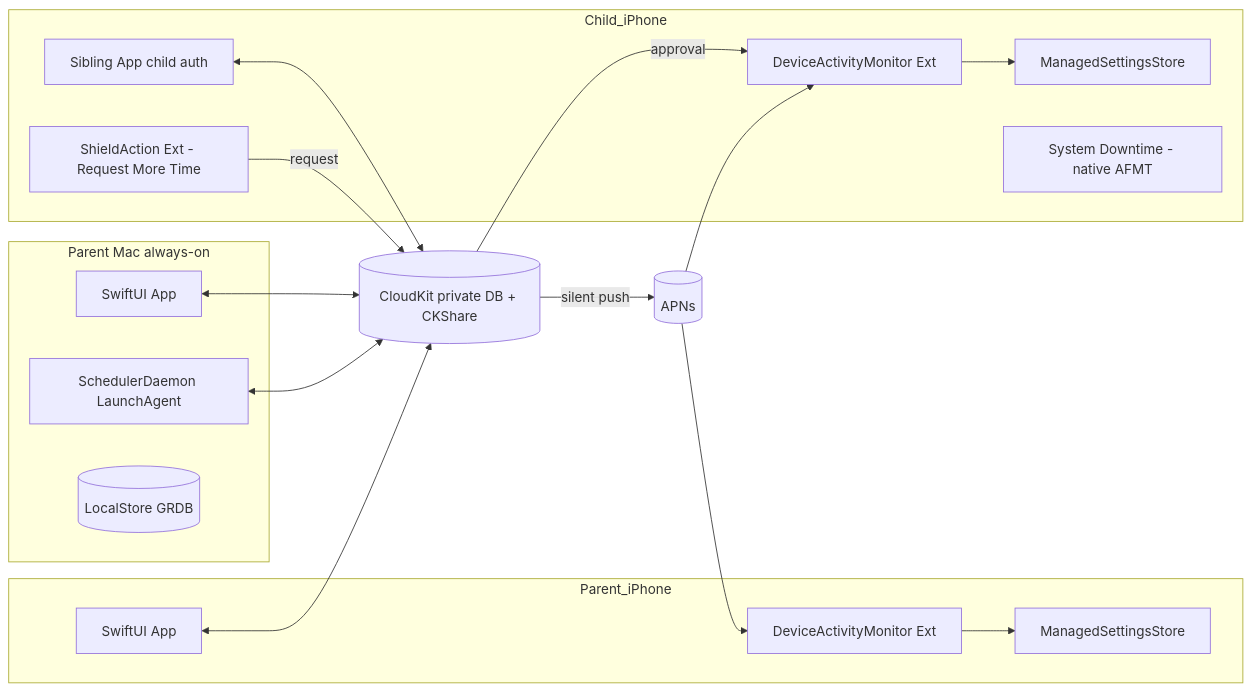
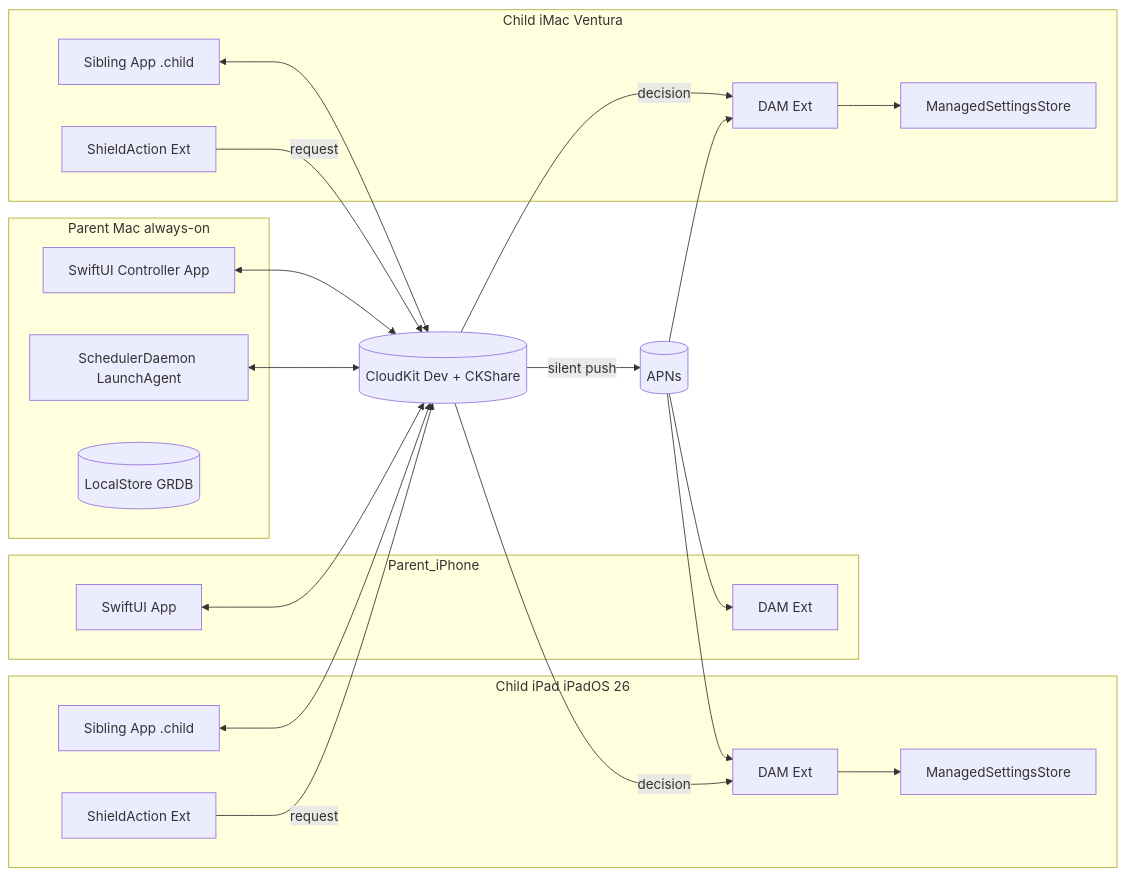
The diagram in PLAN_A.md (emclain/screen-time-scheduler), drawn with Mermaid before and after one commit. The commit also changed other lines of this file and 1 other file, not shown here.

Commit message:
Revise PLAN_A: drop hybrid, add macOS+iPadOS, simplified AFMT (screen-4t6)

````diff
--- a/PLAN_A.md
+++ b/PLAN_A.md
@@ -8,33 +24,41 @@
 ```mermaid
 flowchart LR
   subgraph Parent_Mac[Parent Mac always-on]
-    UIm[SwiftUI App]
+    PUIm[SwiftUI Controller App]
     Daemon[SchedulerDaemon LaunchAgent]
     LSm[(LocalStore GRDB)]
   end
   subgraph Parent_iPhone
-    UIp[SwiftUI App]
-    DAMp[DeviceActivityMonitor Ext]
-    MSp[ManagedSettingsStore]
+    PUIp[SwiftUI App]
+    DAMp[DAM Ext]
   end
-  subgraph Child_iPhone
-    UIc[Sibling App child auth]
-    DAMc[DeviceActivityMonitor Ext]
-    SAEc[ShieldAction Ext - Request More Time]
-    MSc[ManagedSettingsStore]
-    SysDT[System Downtime - native AFMT]
+  subgraph Child_iPad[Child iPad iPadOS 26]
+    CUIi[Sibling App .child]
+    DAMi[DAM Ext]
+    SAEi[ShieldAction Ext]
+    MSi[ManagedSettingsStore]
   end
-  CK[(CloudKit private DB + CKShare)]
+  subgraph Child_Mac[Child iMac Ventura]
+    CUIm[Sibling App .child]
+    DAMm[DAM Ext]
+    SAEm[ShieldAction Ext]
+    MSm[ManagedSettingsStore]
+  end
+  CK[(CloudKit Dev + CKShare)]
   APNs[(APNs)]
-  UIm <--> CK
+  PUIm <--> CK
   Daemon <--> CK
-  UIp <--> CK
-  UIc <--> CK
+  PUIp <--> CK
+  CUIi <--> CK
+  CUIm <--> CK
   CK -- silent push --> APNs
   APNs --> DAMp
-  APNs --> DAMc
-  DAMc --> MSc
-  DAMp --> MSp
-  SAEc -- request --> CK
-  CK -- approval --> DAMc
+  APNs --> DAMi
+  APNs --> DAMm
+  DAMi --> MSi
+  DAMm --> MSm
+  SAEi -- request --> CK
+  SAEm -- request --> CK
+  CK -- decision --> DAMi
+  CK -- decision --> DAMm
 ```
````
